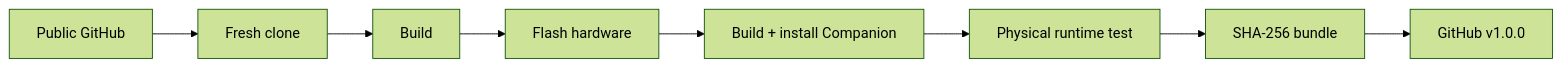
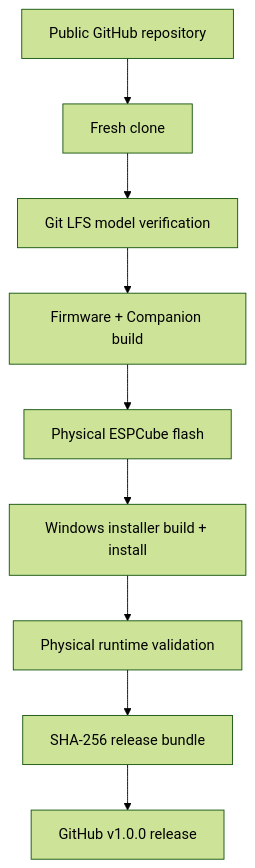
One commit to hasan-bukhari-dev/ESPCube changed the fifth of 5 diagrams in README.md. Above: the diagram before and after it, drawn with Mermaid (forest theme). The commit also changed other lines of this file, not shown here.

````diff
--- a/README.md
+++ b/README.md
@@ -551,10 +574,21 @@
 ```mermaid
-flowchart LR
-    GH["Public GitHub"] --> CLONE["Fresh clone"]
-    CLONE --> BUILD["Build"]
-    BUILD --> FLASH["Flash hardware"]
-    FLASH --> INSTALL["Build + install Companion"]
-    INSTALL --> TEST["Physical runtime test"]
-    TEST --> HASH["SHA-256 bundle"]
-    HASH --> RELEASE["GitHub v1.0.0"]
+flowchart TD
+    GH["Public GitHub repository"]
+    CLONE["Fresh clone"]
+    LFS["Git LFS model verification"]
+    BUILD["Firmware + Companion build"]
+    FLASH["Physical ESPCube flash"]
+    INSTALL["Windows installer build + install"]
+    TEST["Physical runtime validation"]
+    HASH["SHA-256 release bundle"]
+    RELEASE["GitHub v1.0.0 release"]
+
+    GH --> CLONE
+    CLONE --> LFS
+    LFS --> BUILD
+    BUILD --> FLASH
+    FLASH --> INSTALL
+    INSTALL --> TEST
+    TEST --> HASH
+    HASH --> RELEASE
 ```
````
